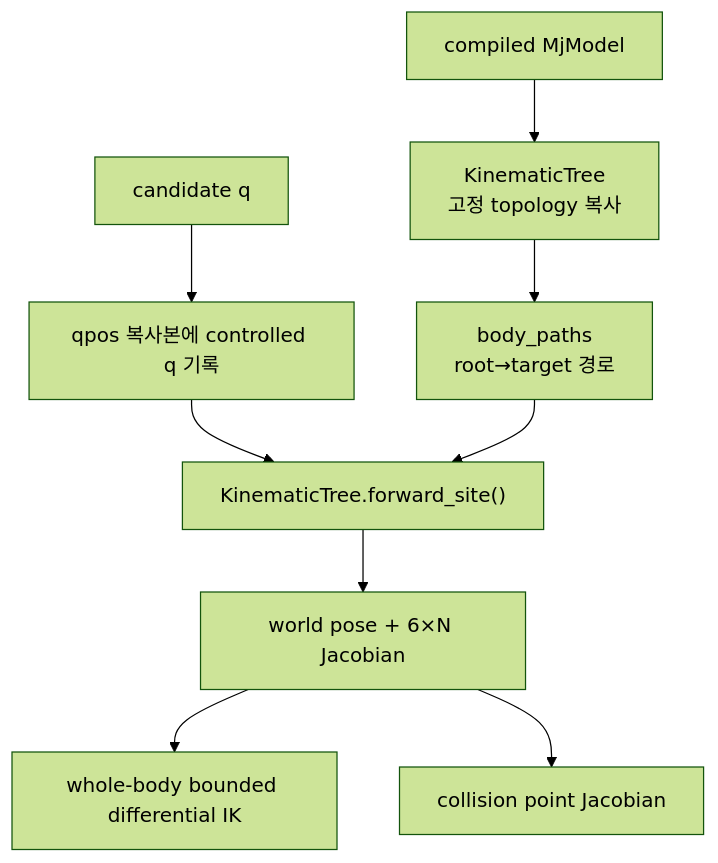
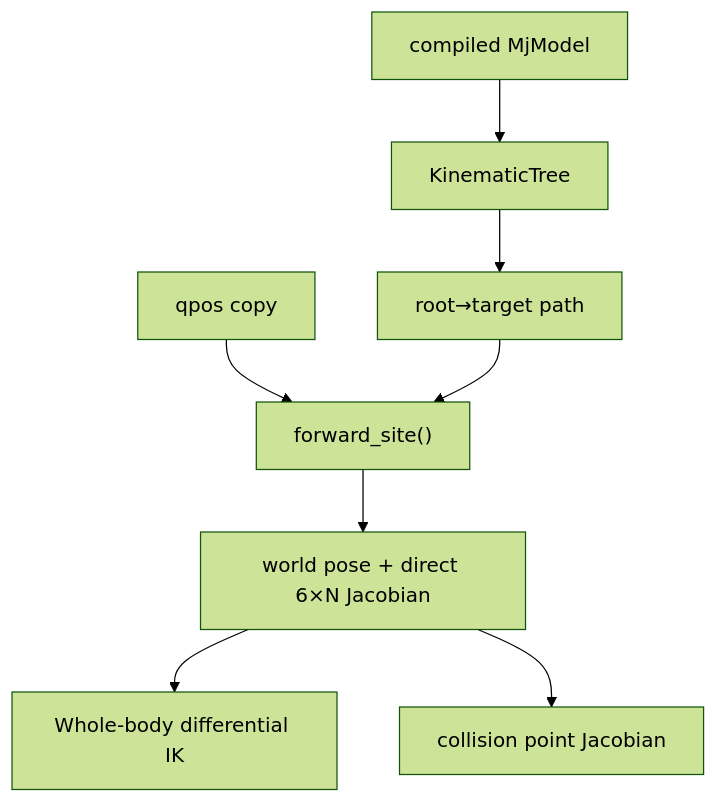
Before and after one commit to Geonhee-LEE/aiworker-mj-lab: the second of 2 diagrams in docs/guide/kinematics.md, drawn with Mermaid (forest theme). The commit also changed other lines of this file and 54 other files, not shown here.

````diff
--- a/docs/guide/kinematics.md
+++ b/docs/guide/kinematics.md
@@ -77,11 +54,10 @@
 ```mermaid
 flowchart TD
-    M["compiled MjModel"] --> T["KinematicTree<br>고정 topology 복사"]
-    T --> P["body_paths<br>root→target 경로"]
-    Q["candidate q"] --> C["qpos 복사본에 controlled q 기록"]
-    C --> FS["KinematicTree.forward_site()"]
-    P --> FS
-    FS --> X["world pose + 6×N Jacobian"]
-    X --> WI["whole-body bounded differential IK"]
+    M["compiled MjModel"] --> T["KinematicTree"]
+    T --> P["root→target path"]
+    Q["qpos copy"] --> FK["forward_site()"]
+    P --> FK
+    FK --> X["world pose + direct 6×N Jacobian"]
+    X --> IK["Whole-body differential IK"]
     X --> CD["collision point Jacobian"]
 ```
````
